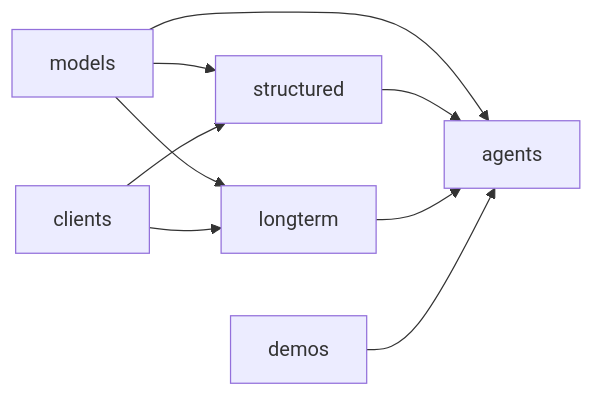
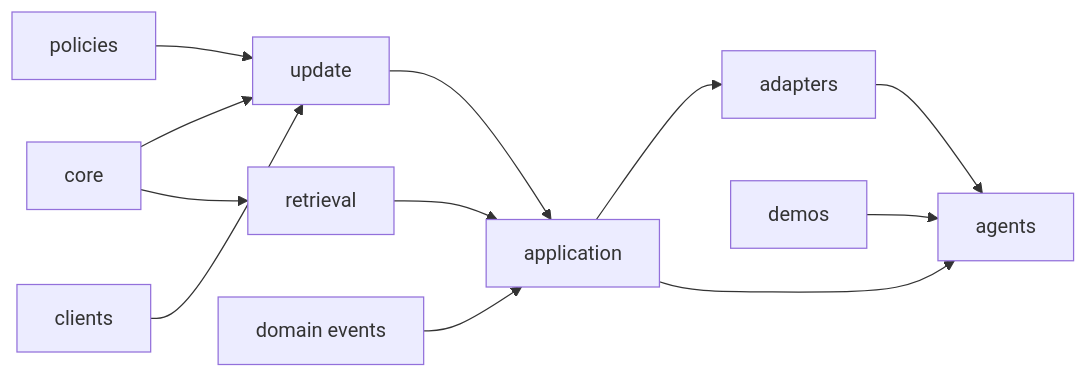
One commit to sandy1990418/MemoryAgent changed the third of 11 diagrams in ARCHITECTURE.md. Above: the diagram before and after it, drawn with Mermaid. The commit also changed other lines of this file and 128 other files, not shown here.

````diff
--- a/ARCHITECTURE.md
+++ b/ARCHITECTURE.md
@@ -122,11 +154,14 @@
 ```mermaid
 flowchart LR
-    Models[models] --> Structured[structured]
-    Models --> LongTerm[longterm]
-    Models --> Agents[agents]
-    Clients[clients] --> Structured
-    Clients --> LongTerm
-    Structured --> Agents
-    LongTerm --> Agents
+    Core[core] --> Update[update]
+    Core --> Retrieval[retrieval]
+    Policies[policies] --> Update
+    Update --> Application[application]
+    Retrieval --> Application
+    Domain[domain events] --> Application
+    Application --> Adapters[adapters]
+    Clients[clients] --> Update
+    Adapters --> Agents[agents]
+    Application --> Agents
     Demos[demos] --> Agents
 ```
````
